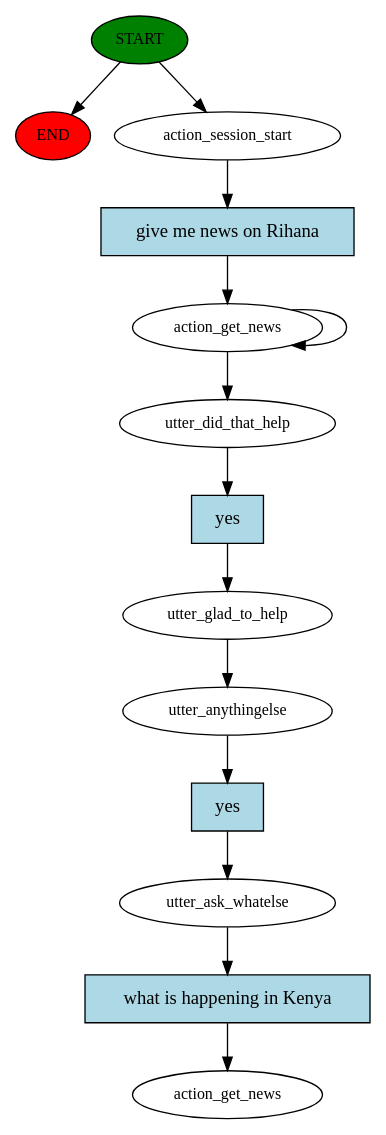
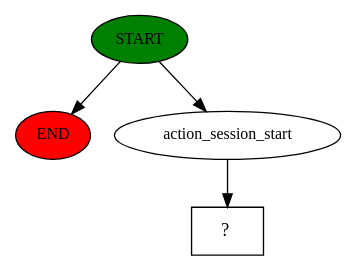
One commit to AyodejiIbimilua/jamisi-bot changed the diagram in story_graph.dot. Above: the diagram before and after it, drawn with Graphviz. The commit also changed 1 other file, not shown here.

Commit message:
action file edited

```diff
--- a/story_graph.dot
+++ b/story_graph.dot
@@ -1,28 +1,9 @@
 digraph  {
 0 [class="start active", fillcolor=green, fontsize=12, label=START, style=filled];
 "-1" [class=end, fillcolor=red, fontsize=12, label=END, style=filled];
 1 [class=active, fontsize=12, label=action_session_start];
-2 [class=active, fontsize=12, label=action_get_news];
-4 [class=active, fontsize=12, label=utter_did_that_help];
-5 [class=active, fontsize=12, label=utter_glad_to_help];
-6 [class=active, fontsize=12, label=utter_anythingelse];
-7 [class=active, fontsize=12, label=utter_ask_whatelse];
-8 [class="dashed active", fontsize=12, label=action_get_news];
-9 [class="intent active", fillcolor=lightblue, label="give me news on Rihana", shape=rect, style=filled];
-10 [class="intent active", fillcolor=lightblue, label=yes, shape=rect, style=filled];
-11 [class="intent active", fillcolor=lightblue, label=yes, shape=rect, style=filled];
-12 [class="intent active", fillcolor=lightblue, label="what is happening in Kenya", shape=rect, style=filled];
+2 [class="intent dashed active", label="  ?  ", shape=rect];
 0 -> "-1"  [class="", key=NONE, label=""];
 0 -> 1  [class=active, key=NONE, label=""];
-1 -> 9  [class=active, key=0];
-2 -> 4  [class=active, key=NONE, label=""];
-2 -> 2  [class=active, key=NONE, label=""];
-4 -> 10  [class=active, key=0];
-5 -> 6  [class=active, key=NONE, label=""];
-6 -> 11  [class=active, key=0];
-7 -> 12  [class=active, key=0];
-9 -> 2  [class=active, key=0];
-10 -> 5  [class=active, key=0];
-11 -> 7  [class=active, key=0];
-12 -> 8  [class=active, key=0];
+1 -> 2  [class=active, key=NONE, label=""];
 }
```
